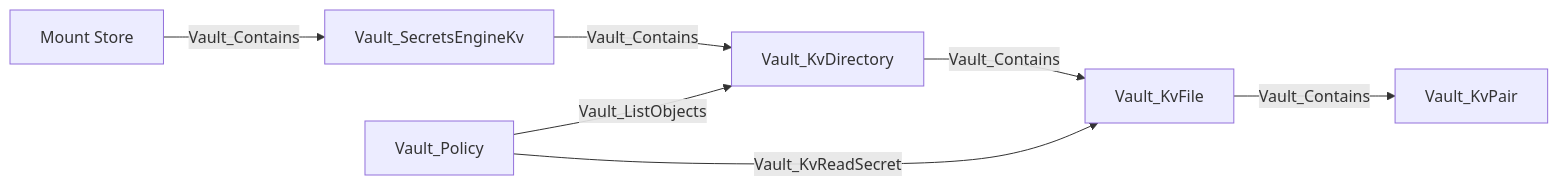
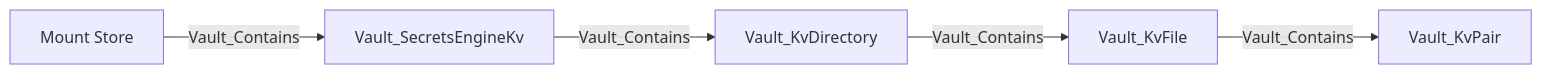
One commit to bytewreck/opengraph-vault changed diagram 14 of 29 in Documentation/stores/MOUNTS.md. Above: the diagram before and after it, drawn with Mermaid. The commit also changed other lines of this file and 3 other files, not shown here.

````diff
--- a/Documentation/stores/MOUNTS.md
+++ b/Documentation/stores/MOUNTS.md
@@ -221,9 +207,7 @@
 ```mermaid
 flowchart LR
     store[Mount Store] -->|Vault_Contains| mount[Vault_SecretsEngineKv]
     mount -->|Vault_Contains| directory[Vault_KvDirectory]
     directory -->|Vault_Contains| file[Vault_KvFile]
     file -->|Vault_Contains| pair[Vault_KvPair]
-    policy[Vault_Policy] -->|Vault_KvReadSecret| file
-    policy -->|Vault_ListObjects| directory
 ```
````
